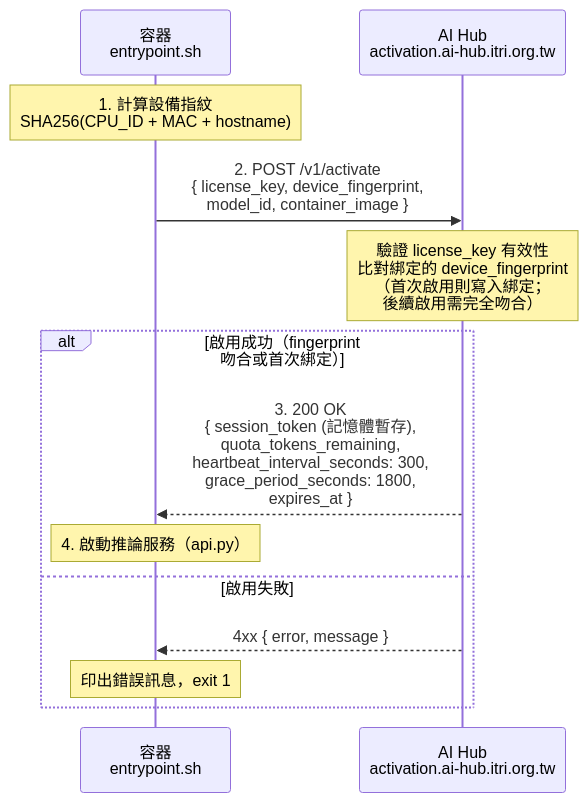
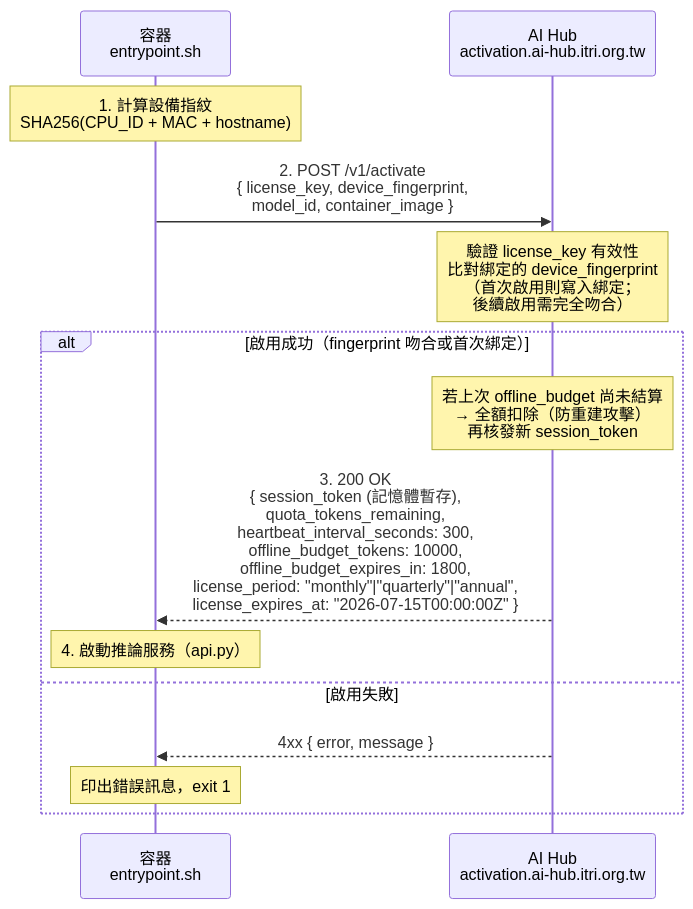
The first of 6 diagrams in docs/aihub-activation-handshake.md (t200i/footfit), drawn with Mermaid before and after one commit. The commit also changed other lines of this file and 1 other file, not shown here.

````diff
--- a/docs/aihub-activation-handshake.md
+++ b/docs/aihub-activation-handshake.md
@@ -71,19 +97,20 @@
 ```mermaid
 sequenceDiagram
     participant E as 容器<br/>entrypoint.sh
     participant H as AI Hub<br/>activation.ai-hub.itri.org.tw
 
     Note over E: 1. 計算設備指紋<br/>SHA256(CPU_ID + MAC + hostname)
 
     E->>H: 2. POST /v1/activate<br/>{ license_key, device_fingerprint,<br/>  model_id, container_image }
 
     Note over H: 驗證 license_key 有效性<br/>比對綁定的 device_fingerprint<br/>（首次啟用則寫入綁定；<br/> 後續啟用需完全吻合）
 
     alt 啟用成功（fingerprint 吻合或首次綁定）
-        H-->>E: 3. 200 OK<br/>{ session_token (記憶體暫存),<br/>  quota_tokens_remaining,<br/>  heartbeat_interval_seconds: 300,<br/>  grace_period_seconds: 1800,<br/>  expires_at }
+        Note over H: 若上次 offline_budget 尚未結算<br/>→ 全額扣除（防重建攻擊）<br/>再核發新 session_token
+        H-->>E: 3. 200 OK<br/>{ session_token (記憶體暫存),<br/>  quota_tokens_remaining,<br/>  heartbeat_interval_seconds: 300,<br/>  offline_budget_tokens: 10000,<br/>  offline_budget_expires_in: 1800,<br/>  license_period: "monthly"|"quarterly"|"annual",<br/>  license_expires_at: "2026-07-15T00:00:00Z" }
         Note over E: 4. 啟動推論服務（api.py）
     else 啟用失敗
         H-->>E: 4xx { error, message }
         Note over E: 印出錯誤訊息，exit 1
     end
 ```
````
